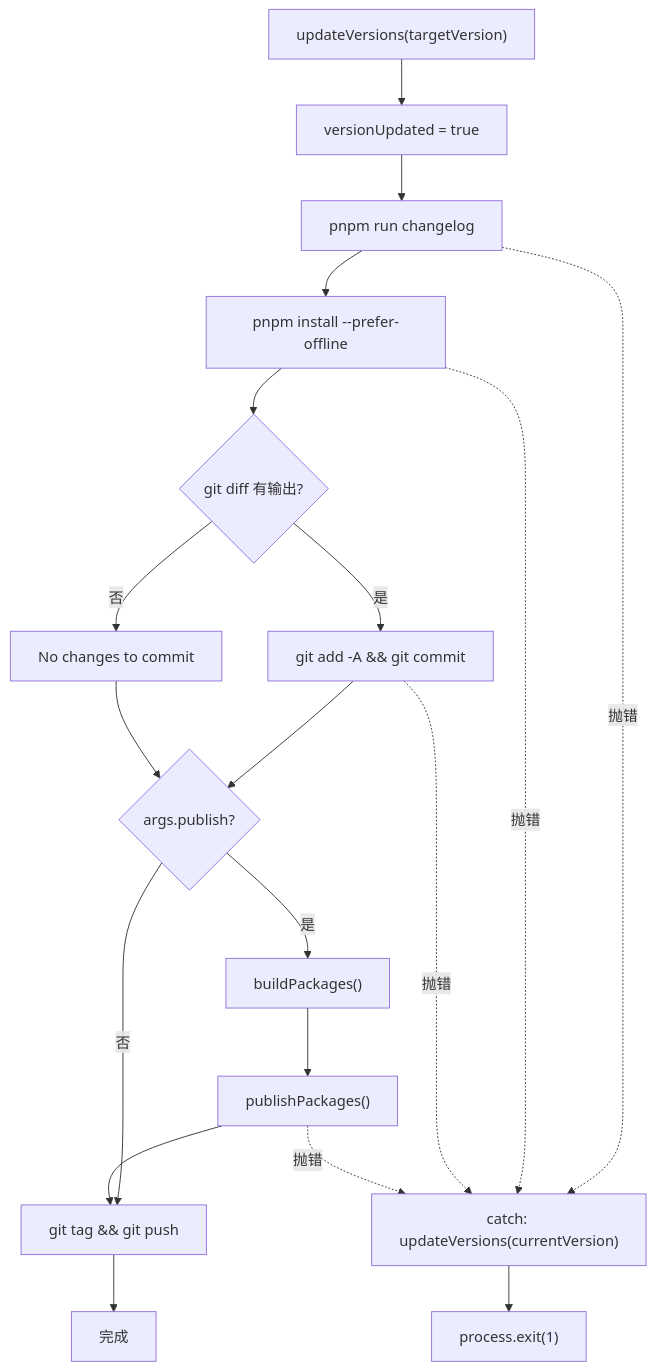
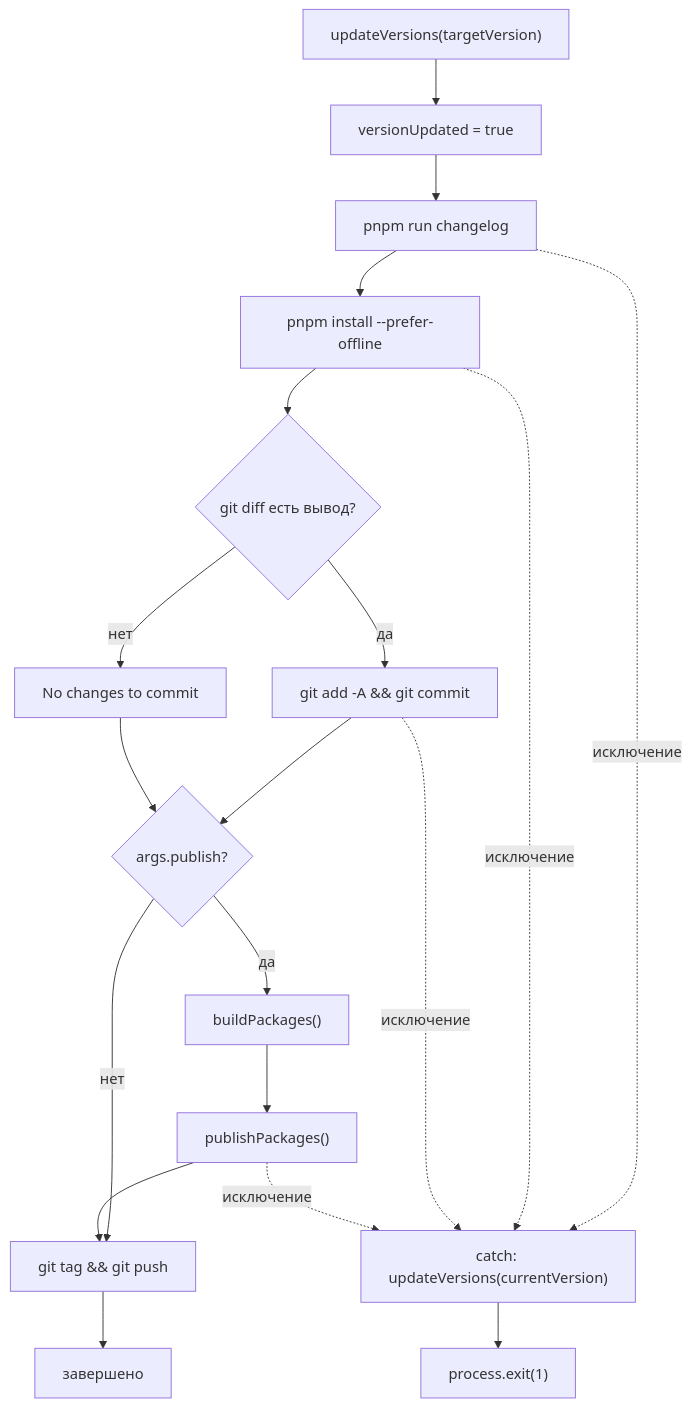
One commit to maleRjc/AiReadCodeBooks changed the third of 3 diagrams in books/vue3/ru/09-compiler-core-ast.md. Above: the diagram before and after it, drawn with Mermaid. The commit also changed other lines of this file and 74 other files, not shown here.

````diff
--- a/books/vue3/ru/09-compiler-core-ast.md
+++ b/books/vue3/ru/09-compiler-core-ast.md
@@ -281,21 +268,21 @@
 ```mermaid
 flowchart TD
     upd["updateVersions(targetVersion)"] --> flag["versionUpdated = true"]
     flag --> changelog["pnpm run changelog"]
     changelog --> lock["pnpm install --prefer-offline"]
-    lock --> gitdiff{"git diff 有输出?"}
-    gitdiff -->|是| commit["git add -A && git commit"]
-    gitdiff -->|否| nochange["No changes to commit"]
+    lock --> gitdiff{"git diff есть вывод?"}
+    gitdiff -->|да| commit["git add -A && git commit"]
+    gitdiff -->|нет| nochange["No changes to commit"]
     commit --> pub{"args.publish?"}
     nochange --> pub
-    pub -->|是| build["buildPackages()"]
-    pub -->|否| push
+    pub -->|да| build["buildPackages()"]
+    pub -->|нет| push
     build --> publish["publishPackages()"]
     publish --> push["git tag && git push"]
-    push --> done["完成"]
-    changelog -.->|抛错| rollback["catch: updateVersions(currentVersion)"]
-    lock -.->|抛错| rollback
-    commit -.->|抛错| rollback
-    publish -.->|抛错| rollback
+    push --> done["завершено"]
+    changelog -.->|исключение| rollback["catch: updateVersions(currentVersion)"]
+    lock -.->|исключение| rollback
+    commit -.->|исключение| rollback
+    publish -.->|исключение| rollback
     rollback --> exit["process.exit(1)"]
 ```
````
